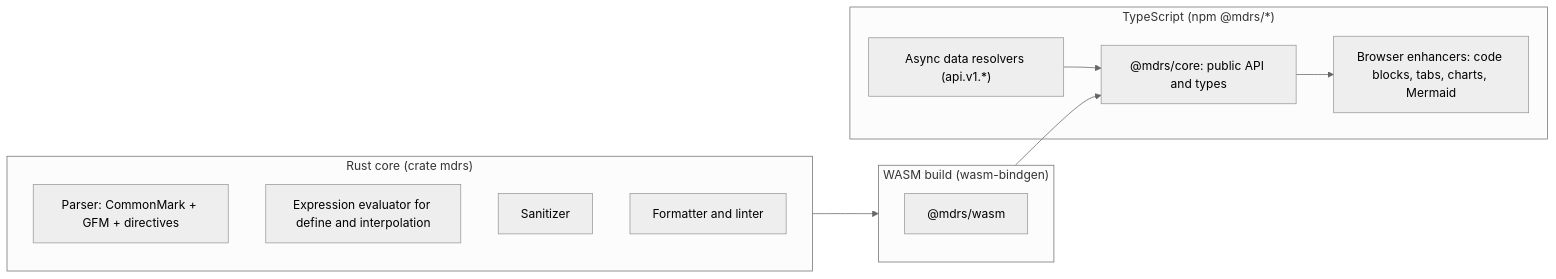
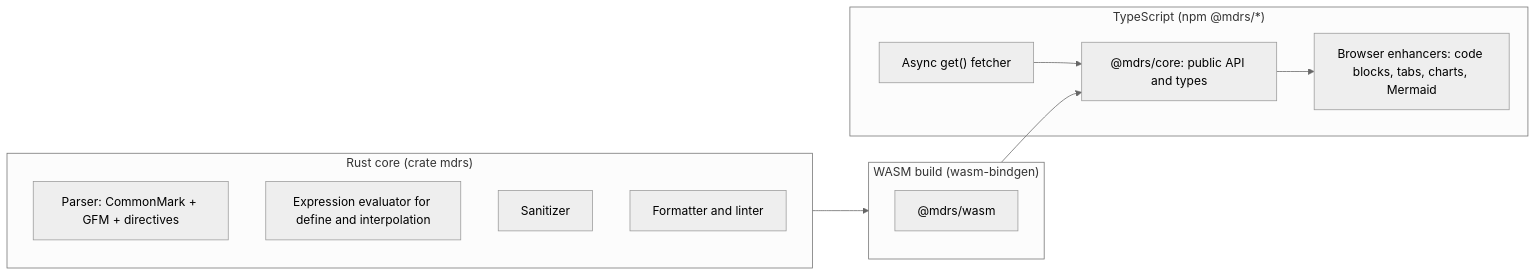
One commit to farhnkrnapratma/idstead changed the diagram in docs/008-mdrs/003-reference/004-roadmap.md. Above: the diagram before and after it, drawn with Mermaid (neutral theme). The commit also changed other lines of this file and 72 other files, not shown here.

First line of the commit message:
feat(mdrs)!: replace api.v1 live data with get()

````diff
--- a/docs/008-mdrs/003-reference/004-roadmap.md
+++ b/docs/008-mdrs/003-reference/004-roadmap.md
@@ -27,20 +27,20 @@
 ```mermaid
 flowchart LR
     subgraph Rust["Rust core (crate mdrs)"]
         P[Parser: CommonMark + GFM + directives]
         E[Expression evaluator for define and interpolation]
         S[Sanitizer]
         F[Formatter and linter]
     end
     subgraph WASM["WASM build (wasm-bindgen)"]
         W["@mdrs/wasm"]
     end
     subgraph TS["TypeScript (npm @mdrs/*)"]
         A["@mdrs/core: public API and types"]
-        R["Async data resolvers (api.v1.*)"]
+        R["Async get() fetcher"]
         C["Browser enhancers: code blocks, tabs, charts, Mermaid"]
     end
     Rust --> WASM --> A
     R --> A
     A --> C
 ```
````
